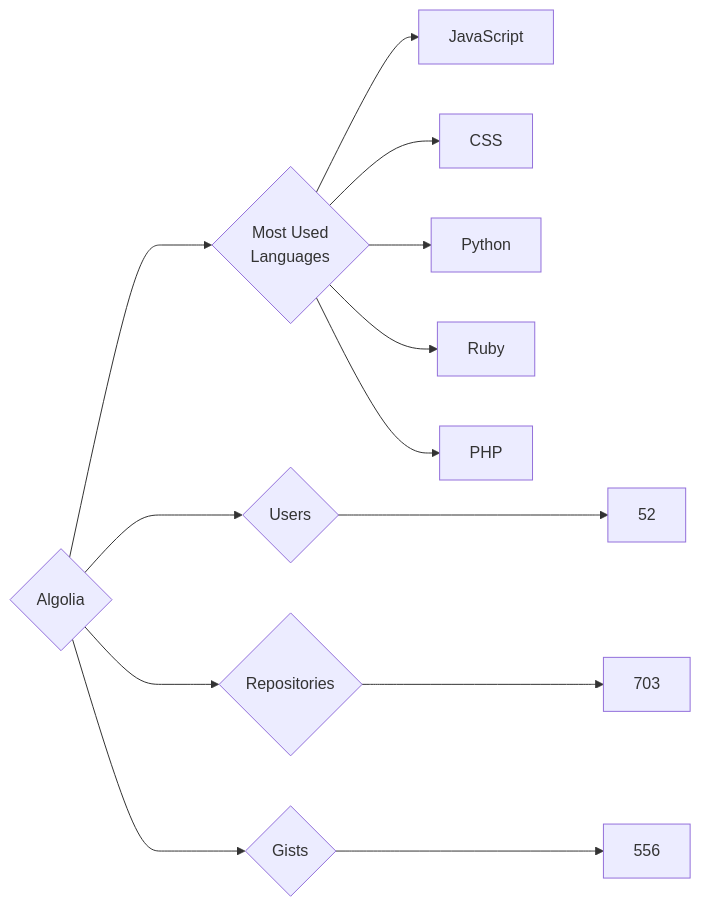
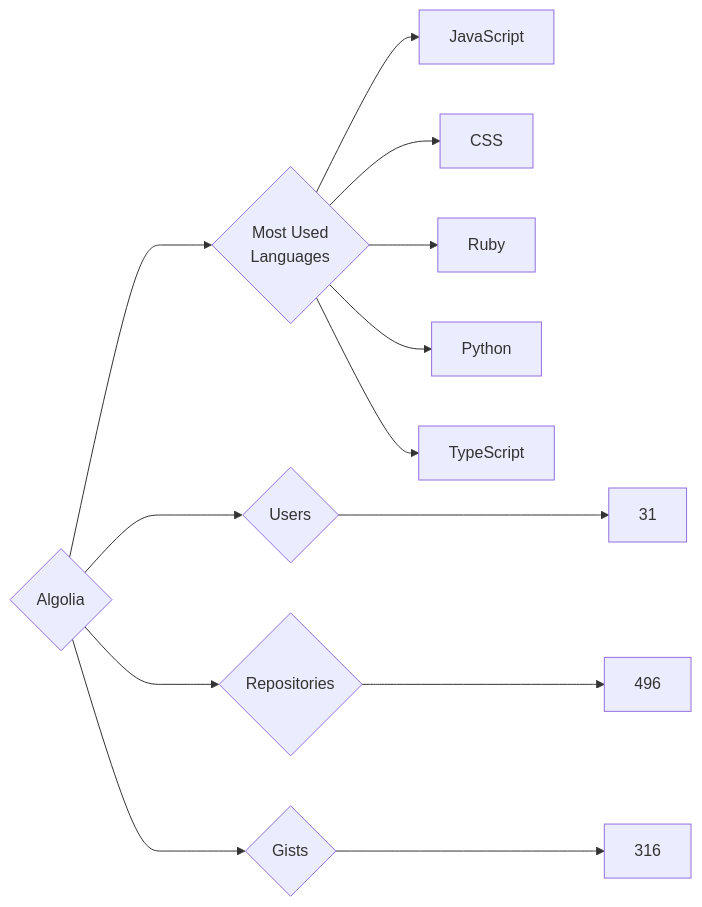
The diagram in targets/Algolia/README.md (trickest/insiders), drawn with Mermaid before and after one commit. The commit also changed 757 other files, not shown here.

````diff
--- a/targets/Algolia/README.md
+++ b/targets/Algolia/README.md
@@ -3,13 +3,13 @@
 ```mermaid
 graph LR
 COMPANY_NAME{Algolia}
-COMPANY_NAME ---> U{Users} ---> UN[52]
-COMPANY_NAME ---> R{Repositories} ---> RN[703]
-COMPANY_NAME ---> G{Gists} ---> GN[556]
+COMPANY_NAME ---> U{Users} ---> UN[31]
+COMPANY_NAME ---> R{Repositories} ---> RN[496]
+COMPANY_NAME ---> G{Gists} ---> GN[316]
 COMPANY_NAME ---> ML{Most Used<br>Languages}
 ML --> JavaScript[JavaScript]
 ML --> CSS[CSS]
+ML --> Ruby[Ruby]
 ML --> Python[Python]
-ML --> Ruby[Ruby]
-ML --> PHP[PHP]
+ML --> TypeScript[TypeScript]
 ```
````
